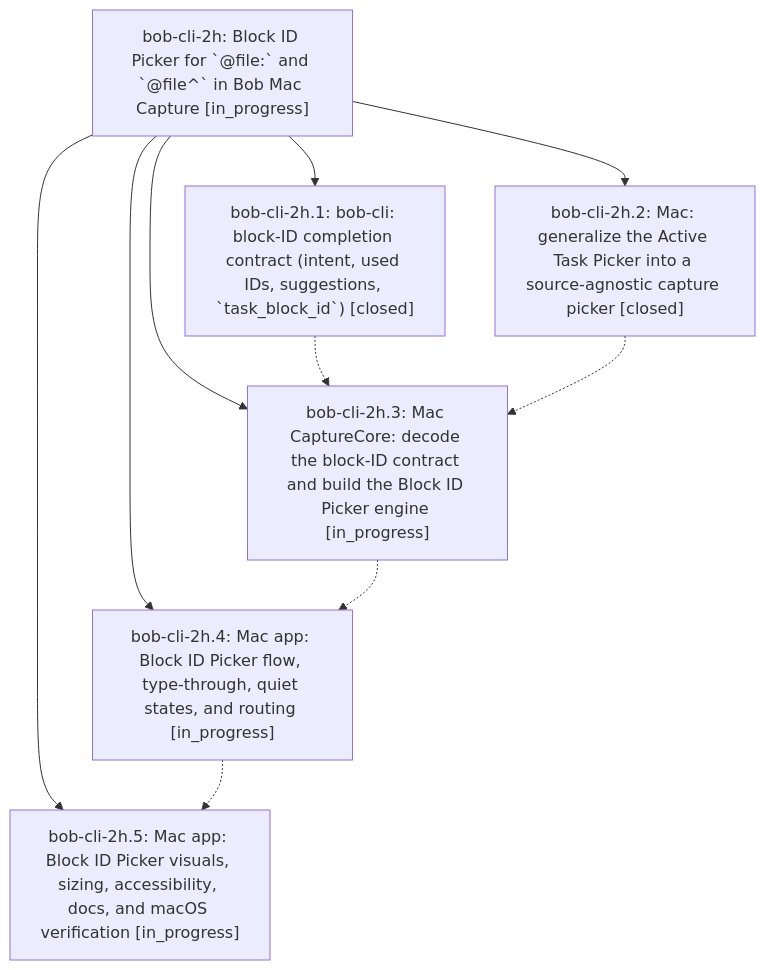
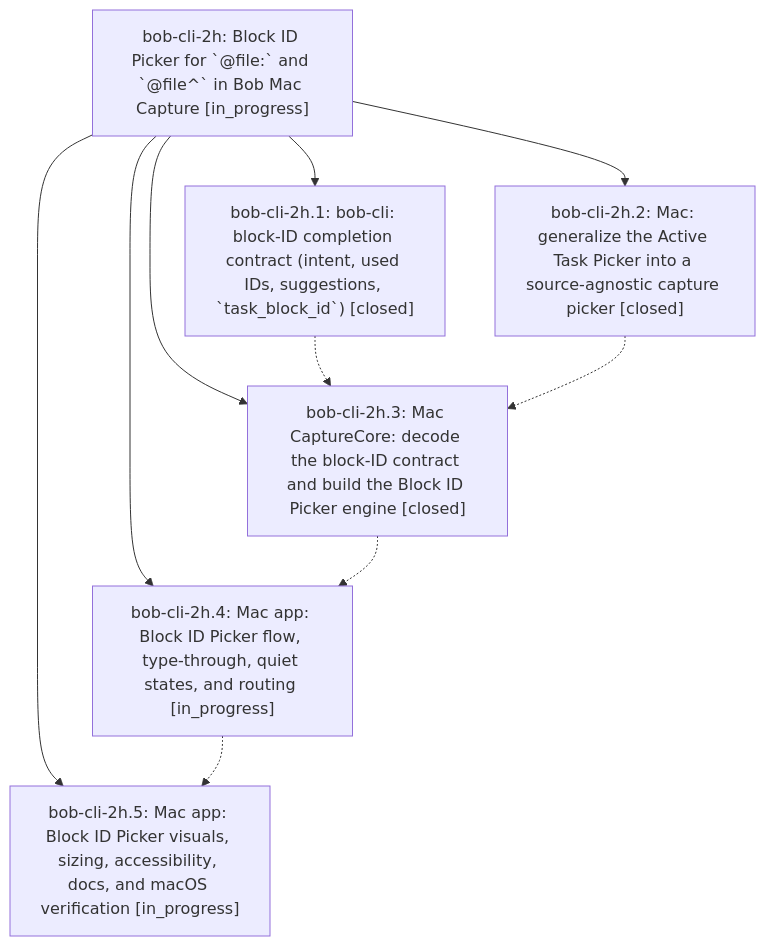
Before and after one commit to bobs-org/bob-cli--beads: the diagram in pages/bob-cli-2h/README.md, drawn with Mermaid. The commit also changed other lines of this file and 4 other files, not shown here.

First line of the commit message:
chore(beads): sync bead state and pages for bob-cli-2h

````diff
--- a/pages/bob-cli-2h/README.md
+++ b/pages/bob-cli-2h/README.md
@@ -26,18 +26,18 @@
 ```mermaid
 flowchart TD
     n0["bob-cli-2h: Block ID Picker for `@file:` and `@file^` in Bob Mac Capture [in_progress]"]
     n1["bob-cli-2h.1: bob-cli: block-ID completion contract (intent, used IDs, suggestions, `task_block_id`) [closed]"]
     n2["bob-cli-2h.2: Mac: generalize the Active Task Picker into a source-agnostic capture picker [closed]"]
-    n3["bob-cli-2h.3: Mac CaptureCore: decode the block-ID contract and build the Block ID Picker engine [in_progress]"]
+    n3["bob-cli-2h.3: Mac CaptureCore: decode the block-ID contract and build the Block ID Picker engine [closed]"]
     n4["bob-cli-2h.4: Mac app: Block ID Picker flow, type-through, quiet states, and routing [in_progress]"]
     n5["bob-cli-2h.5: Mac app: Block ID Picker visuals, sizing, accessibility, docs, and macOS verification [in_progress]"]
     n0 --> n1
     n0 --> n2
     n0 --> n3
     n0 --> n4
     n0 --> n5
     n1 -.-> n3
     n2 -.-> n3
     n3 -.-> n4
     n4 -.-> n5
 ```
````
